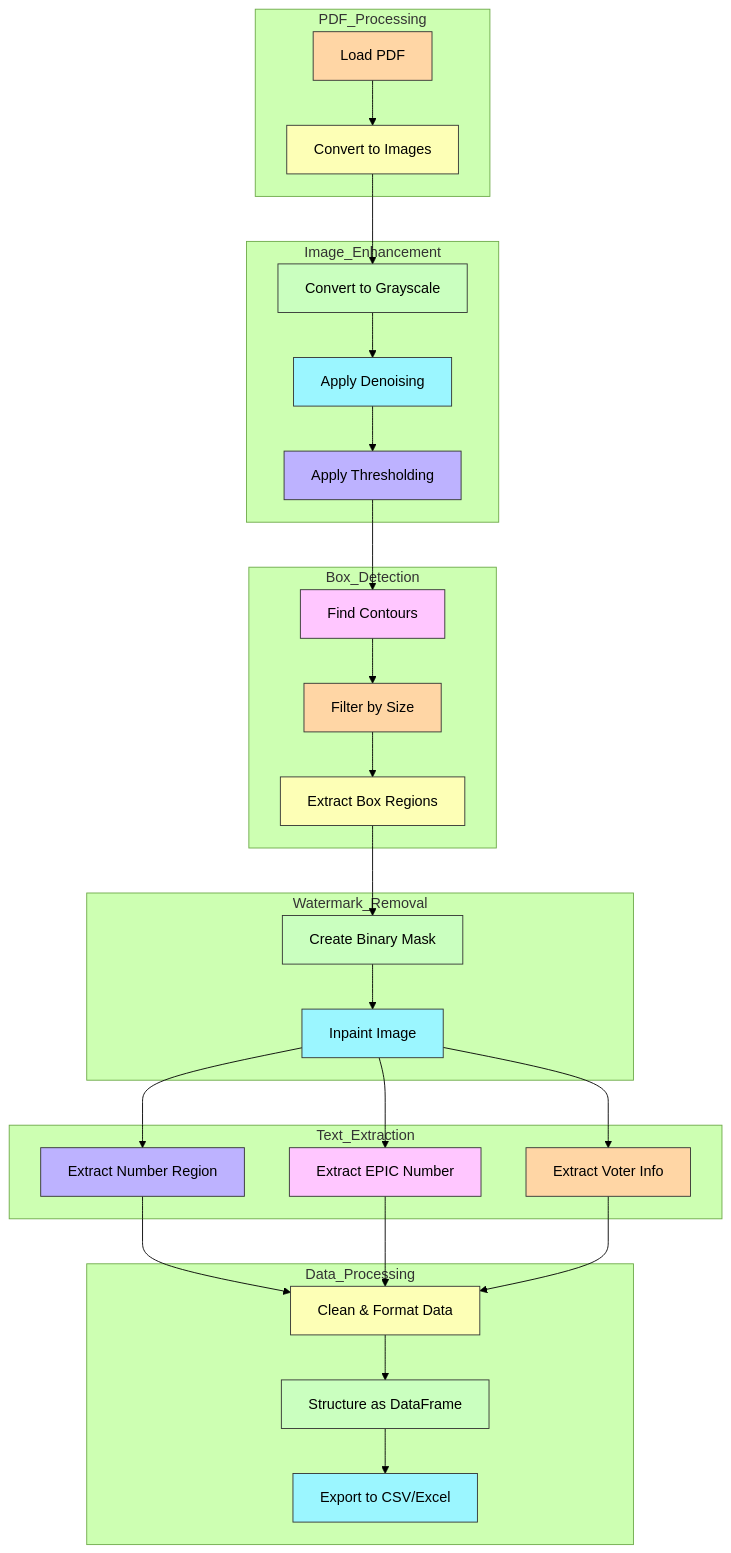
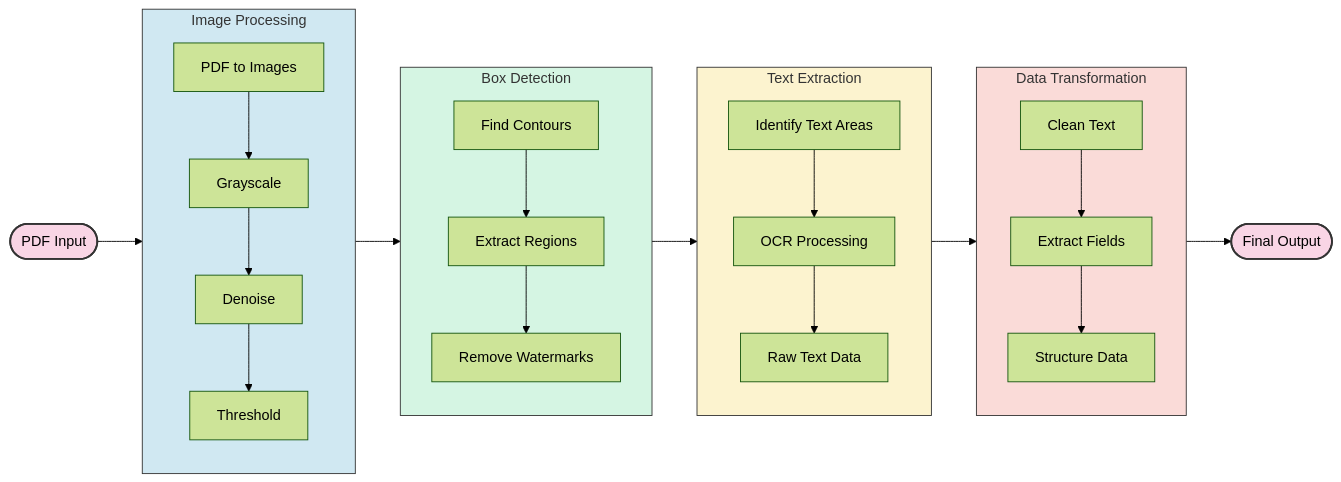
One commit to neha-nambiar/electoral-roll-extractor changed the first of 2 diagrams in README.md. Above: the diagram before and after it, drawn with Mermaid (forest theme). The commit also changed other lines of this file, not shown here.

````diff
--- a/README.md
+++ b/README.md
@@ -9,54 +9,35 @@
 ```mermaid
-flowchart TD
-    subgraph PDF_Processing
-        A[Load PDF] --> B[Convert to Images]
+flowchart LR
+    A([PDF Input]) --> B
+    
+    subgraph B[Image Processing]
+      B1[PDF to Images] --> B2[Grayscale] --> B3[Denoise] --> B4[Threshold]
     end
     
-    subgraph Image_Enhancement
-        B --> C[Convert to Grayscale]
-        C --> D[Apply Denoising]
-        D --> E[Apply Thresholding]
+    B --> C
+    
+    subgraph C[Box Detection]
+      C1[Find Contours] --> C2[Extract Regions] --> C3[Remove Watermarks]
     end
     
-    subgraph Box_Detection
-        E --> F[Find Contours]
-        F --> G[Filter by Size]
-        G --> H[Extract Box Regions]
+    C --> D
+    
+    subgraph D[Text Extraction]
+      D1[Identify Text Areas] --> D2[OCR Processing] --> D3[Raw Text Data]
     end
     
-    subgraph Watermark_Removal
-        H --> I[Create Binary Mask]
-        I --> J[Inpaint Image]
+    D --> E
+    
+    subgraph E[Data Transformation]
+      E1[Clean Text] --> E2[Extract Fields] --> E3[Structure Data]
     end
     
-    subgraph Text_Extraction
-        J --> K[Extract Number Region]
-        J --> L[Extract EPIC Number]
-        J --> M[Extract Voter Info]
-    end
+    E --> F([Final Output])
     
-    subgraph Data_Processing
-        K --> N[Clean & Format Data]
-        L --> N
-        M --> N
-        N --> O[Structure as DataFrame]
-        O --> P[Export to CSV/Excel]
-    end
-    
-    style A fill:#ffd6a5,stroke:#333,stroke-width:1px
-    style B fill:#fdffb6,stroke:#333,stroke-width:1px
-    style C fill:#caffbf,stroke:#333,stroke-width:1px
-    style D fill:#9bf6ff,stroke:#333,stroke-width:1px
-    style E fill:#bdb2ff,stroke:#333,stroke-width:1px
-    style F fill:#ffc6ff,stroke:#333,stroke-width:1px
-    style G fill:#ffd6a5,stroke:#333,stroke-width:1px
-    style H fill:#fdffb6,stroke:#333,stroke-width:1px
-    style I fill:#caffbf,stroke:#333,stroke-width:1px
-    style J fill:#9bf6ff,stroke:#333,stroke-width:1px
-    style K fill:#bdb2ff,stroke:#333,stroke-width:1px
-    style L fill:#ffc6ff,stroke:#333,stroke-width:1px
-    style M fill:#ffd6a5,stroke:#333,stroke-width:1px
-    style N fill:#fdffb6,stroke:#333,stroke-width:1px
-    style O fill:#caffbf,stroke:#333,stroke-width:1px
-    style P fill:#9bf6ff,stroke:#333,stroke-width:1px
+    style A fill:#f9d5e5,stroke:#333,stroke-width:2px
+    style B fill:#d0e8f2,stroke:#333,stroke-width:1px
+    style C fill:#d5f5e3,stroke:#333,stroke-width:1px
+    style D fill:#fcf3cf,stroke:#333,stroke-width:1px
+    style E fill:#fadbd8,stroke:#333,stroke-width:1px
+    style F fill:#f9d5e5,stroke:#333,stroke-width:2px
 ```
````
